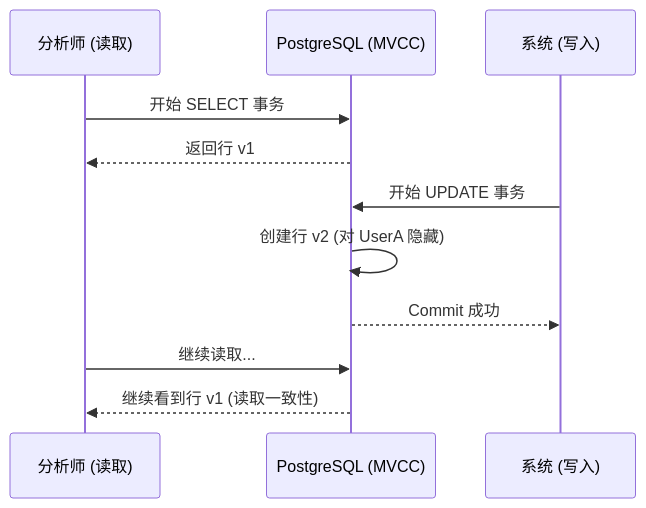
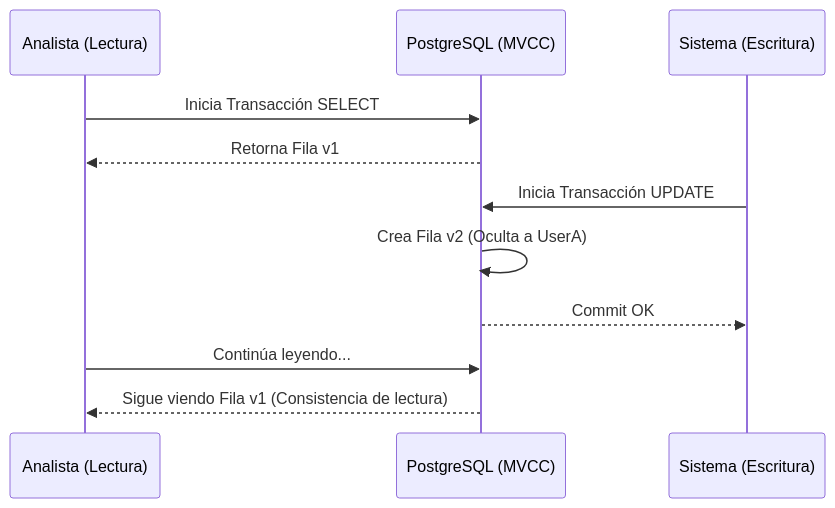
The second of 3 diagrams in public/docs/zh/postgres_medio.md (gjpierp/nmergeia), drawn with Mermaid before and after one commit. The commit also changed other lines of this file and 518 other files, not shown here.

````diff
--- a/public/docs/zh/postgres_medio.md
+++ b/public/docs/zh/postgres_medio.md
@@ -68,14 +68,14 @@
 ```mermaid
 sequenceDiagram
-    participant UserA as 分析师 (读取)
+    participant UserA as Analista (Lectura)
     participant DB as PostgreSQL (MVCC)
-    participant UserB as 系统 (写入)
+    participant UserB as Sistema (Escritura)
 
-    UserA->>DB: 开始 SELECT 事务
-    DB-->>UserA: 返回行 v1
-    UserB->>DB: 开始 UPDATE 事务
-    DB->>DB: 创建行 v2 (对 UserA 隐藏)
-    DB-->>UserB: Commit 成功
-    UserA->>DB: 继续读取...
-    DB-->>UserA: 继续看到行 v1 (读取一致性)
+    UserA->>DB: Inicia Transacción SELECT
+    DB-->>UserA: Retorna Fila v1
+    UserB->>DB: Inicia Transacción UPDATE
+    DB->>DB: Crea Fila v2 (Oculta a UserA)
+    DB-->>UserB: Commit OK
+    UserA->>DB: Continúa leyendo...
+    DB-->>UserA: Sigue viendo Fila v1 (Consistencia de lectura)
 ```
````
